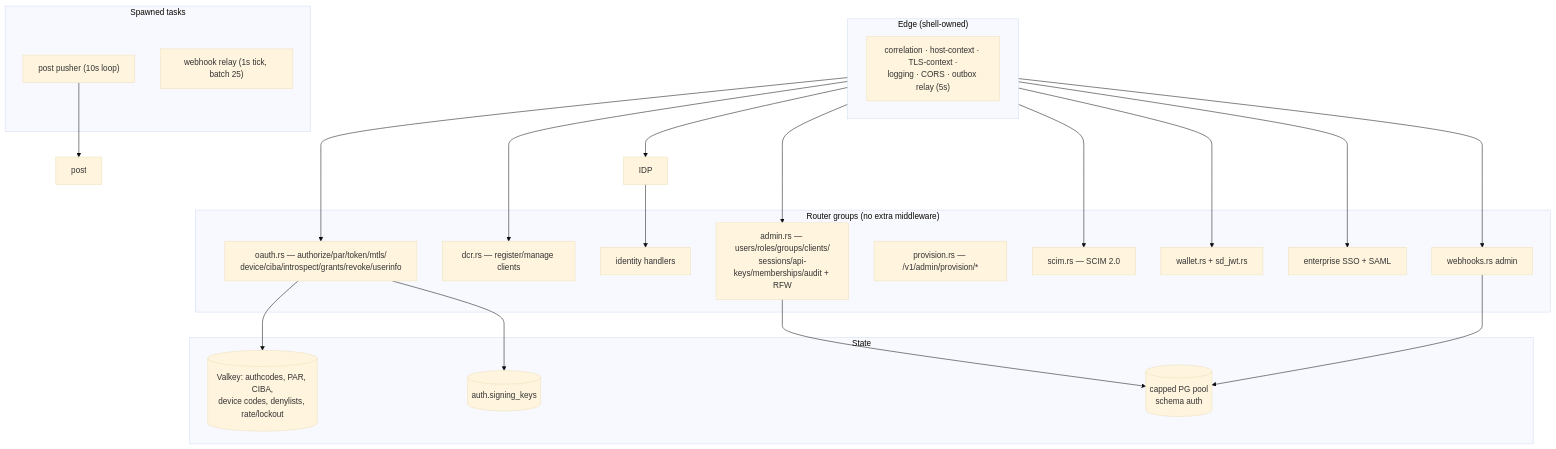
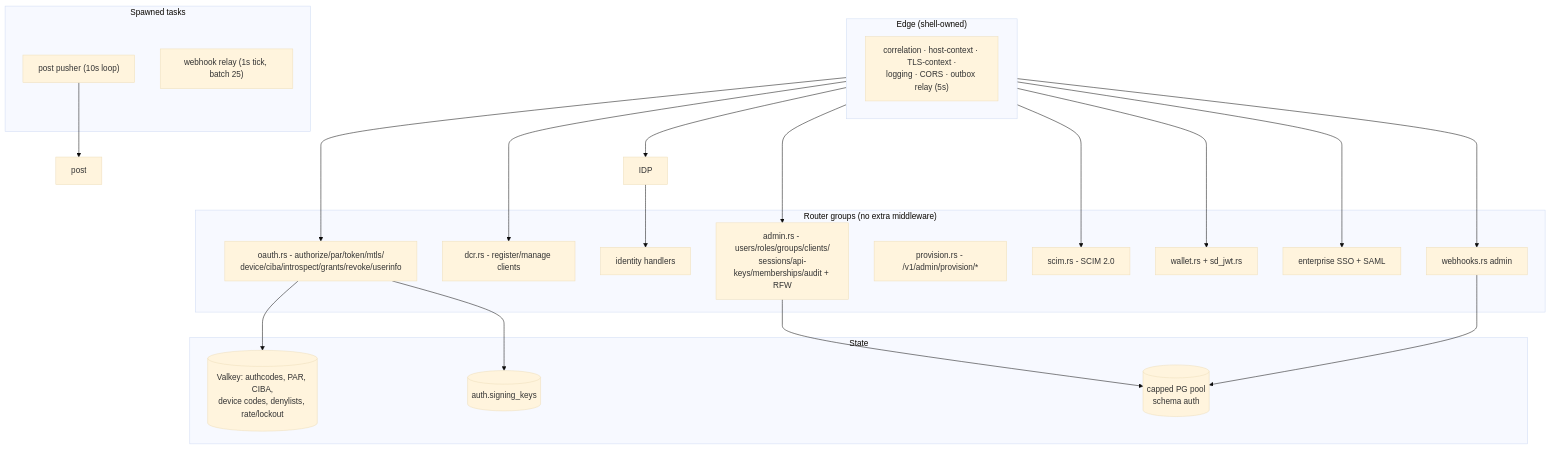
Before and after one commit to Sentin8/sentin8-site: the second of 12 diagrams in docs/services/auth/design.md, drawn with Mermaid (base theme). The commit also changed other lines of this file and 105 other files, not shown here.

````diff
--- a/docs/services/auth/design.md
+++ b/docs/services/auth/design.md
@@ -68,34 +68,34 @@
 ```mermaid
 graph TD
     subgraph EDGE["Edge (shell-owned)"]
         MW["correlation · host-context · TLS-context ·<br/>logging · CORS · outbox relay (5s)"]
     end
     subgraph ROUTES["Router groups (no extra middleware)"]
-        OAUTH["oauth.rs — authorize/par/token/mtls/<br/>device/ciba/introspect/grants/revoke/userinfo"]
-        DCR["dcr.rs — register/manage clients"]
-        ID["identity handlers — sign-in/up, sessions,<br/>MFA, passkeys, recovery, app-passwords"]
-        ADM["admin.rs — users/roles/groups/clients/<br/>sessions/api-keys/memberships/audit + RFW"]
-        PROV["provision.rs — /v1/admin/provision/*"]
-        SCIMR["scim.rs — SCIM 2.0"]
+        OAUTH["oauth.rs - authorize/par/token/mtls/<br/>device/ciba/introspect/grants/revoke/userinfo"]
+        DCR["dcr.rs - register/manage clients"]
+        ID["identity handlers - sign-in/up, sessions,<br/>MFA, passkeys, recovery, app-passwords"]
+        ADM["admin.rs - users/roles/groups/clients/<br/>sessions/api-keys/memberships/audit + RFW"]
+        PROV["provision.rs - /v1/admin/provision/*"]
+        SCIMR["scim.rs - SCIM 2.0"]
         WALLET["wallet.rs + sd_jwt.rs"]
         SSO["enterprise SSO + SAML"]
         HOOKS["webhooks.rs admin"]
     end
     subgraph TASKS["Spawned tasks"]
         PUSH["post pusher (10s loop)"]
         WREL["webhook relay (1s tick, batch 25)"]
     end
     subgraph STORE["State"]
         POOL[("capped PG pool<br/>schema auth")]
         VK[("Valkey: authcodes, PAR, CIBA,<br/>device codes, denylists, rate/lockout")]
         KEYS[("auth.signing_keys")]
     end
 
     EDGE --> OAUTH & DCR & IDP & ADM & SCIMR & WALLET & SSO & HOOKS
     IDP --> ID["identity handlers"]
     ADM --> POOL
     OAUTH --> VK
     OAUTH --> KEYS
     PUSH --> POST2["post"]
     HOOKS --> POOL
 ```
````
